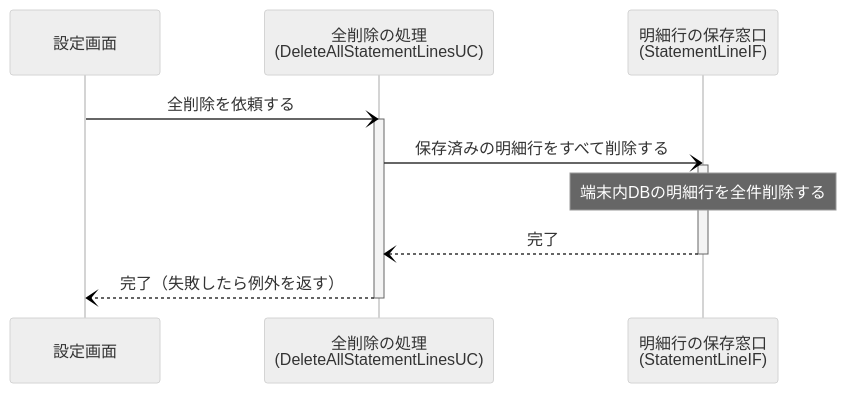
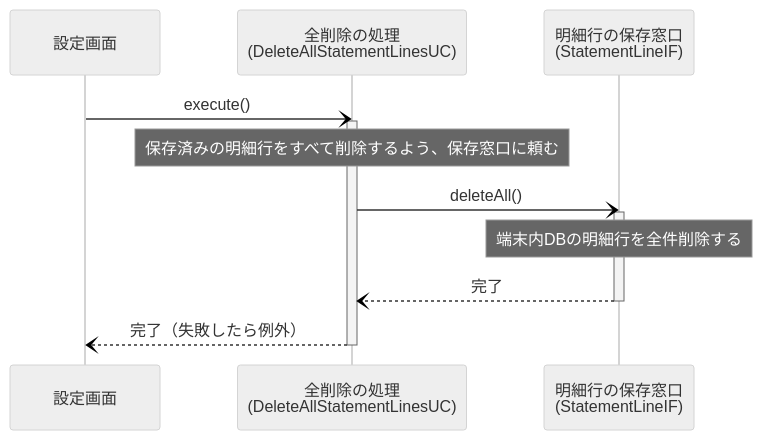
One commit to hnt1028/etc-meisai changed the diagram in docs/systems/processes/PRC-003-delete-all-statement-lines.md. Above: the diagram before and after it, drawn with Mermaid (neutral theme).

Commit message:
Update: PRC-003のシーケンス図の呼び出しを関数名で書く

````diff
--- a/docs/systems/processes/PRC-003-delete-all-statement-lines.md
+++ b/docs/systems/processes/PRC-003-delete-all-statement-lines.md
@@ -29,16 +29,17 @@
 ```mermaid
 sequenceDiagram
     participant UI as 設定画面
     participant UC as 全削除の処理<br/>(DeleteAllStatementLinesUC)
     participant SL as 明細行の保存窓口<br/>(StatementLineIF)
 
-    UI-)UC: 全削除を依頼する
+    UI-)UC: execute()
     activate UC
-    UC-)SL: 保存済みの明細行をすべて削除する
+    Note over UC: 保存済みの明細行をすべて削除するよう、保存窓口に頼む
+    UC-)SL: deleteAll()
     activate SL
     Note over SL: 端末内DBの明細行を全件削除する
     SL--)UC: 完了
     deactivate SL
-    UC--)UI: 完了（失敗したら例外を返す）
+    UC--)UI: 完了（失敗したら例外）
     deactivate UC
 ```
````
